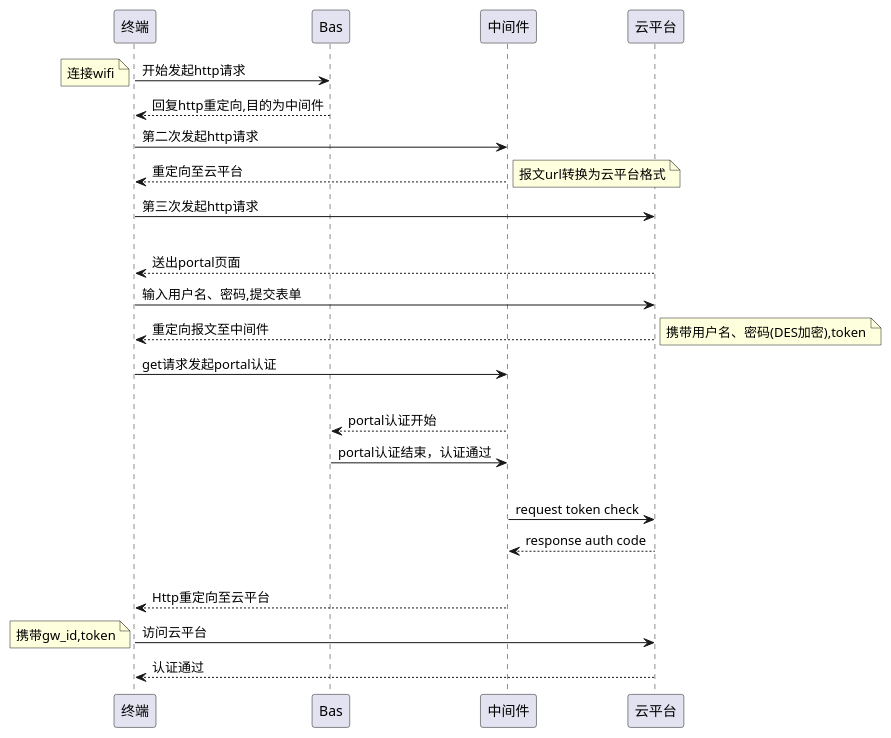
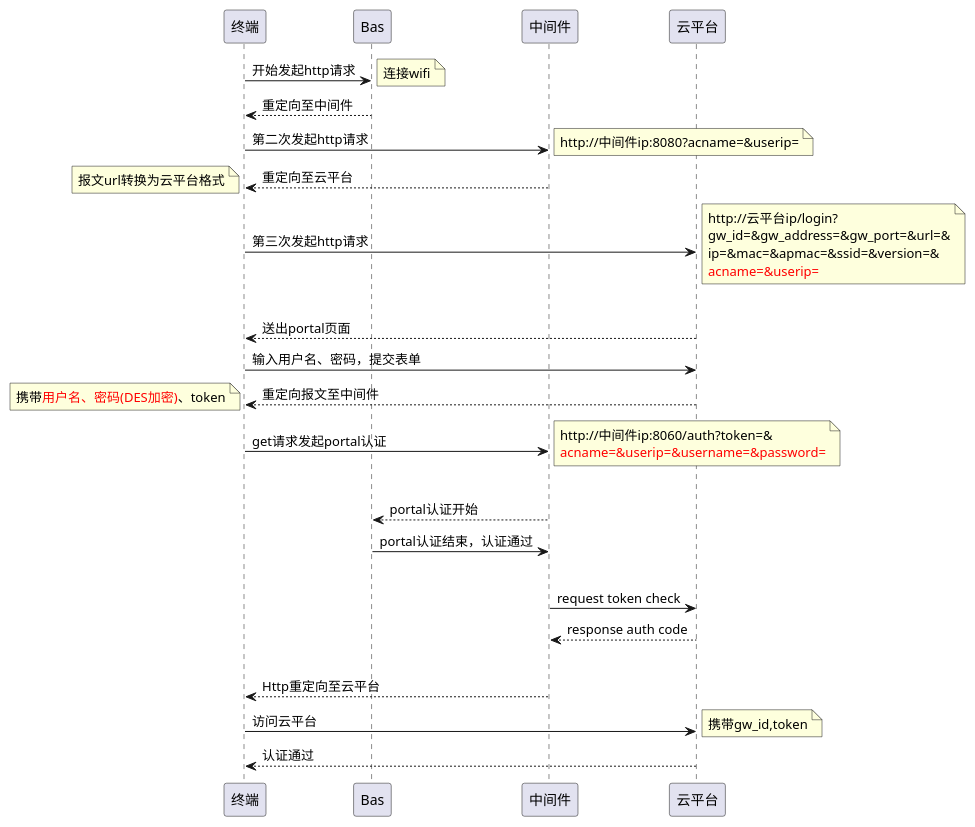
Before and after one commit to chicory-gyj/Everything: the first of 4 diagrams in doc/portal中间件方案.adoc, drawn with PlantUML. The commit also changed other lines of this file and 12 other files, not shown here.

```diff
--- a/doc/portal中间件方案.adoc
+++ b/doc/portal中间件方案.adoc
@@ -26,27 +25,30 @@
 [plantuml, portal_convert, png]
 ....
 终端 -> Bas: 开始发起http请求
-note left: 连接wifi
-Bas --> 终端: 回复http重定向,目的为中间件
+note right: 连接wifi
+Bas --> 终端: 重定向至中间件
 终端 -> 中间件: 第二次发起http请求
+note right: http://中间件ip:8080?acname=&userip=
 中间件 --> 终端: 重定向至云平台
-note right: 报文url转换为云平台格式
+note left: 报文url转换为云平台格式
 终端 -> 云平台: 第三次发起http请求
+note right: http://云平台ip/login?\ngw_id=&gw_address=&gw_port=&url=&\nip=&mac=&apmac=&ssid=&version=&\n<color:red>acname=&userip=</color>
 |||
 云平台 --> 终端: 送出portal页面
-终端 -> 云平台: 输入用户名、密码,提交表单
+终端 -> 云平台: 输入用户名、密码，提交表单
 云平台 --> 终端: 重定向报文至中间件
-note right: 携带用户名、密码(DES加密),token
+note left: 携带<color:red>用户名、密码(DES加密)</color>、token
 终端 -> 中间件: get请求发起portal认证
+note right: http://中间件ip:8060/auth?token=&\n<color:red>acname=&userip=&username=&password=</color>
 |||
 中间件 --> Bas: portal认证开始
 Bas -> 中间件: portal认证结束，认证通过
 |||
 中间件 -> 云平台: request token check
 云平台 --> 中间件: response auth code
 |||
 中间件 --> 终端: Http重定向至云平台
 终端 -> 云平台: 访问云平台
-note left: 携带gw_id,token
+note right: 携带gw_id,token
 云平台 --> 终端: 认证通过
 ....
```
